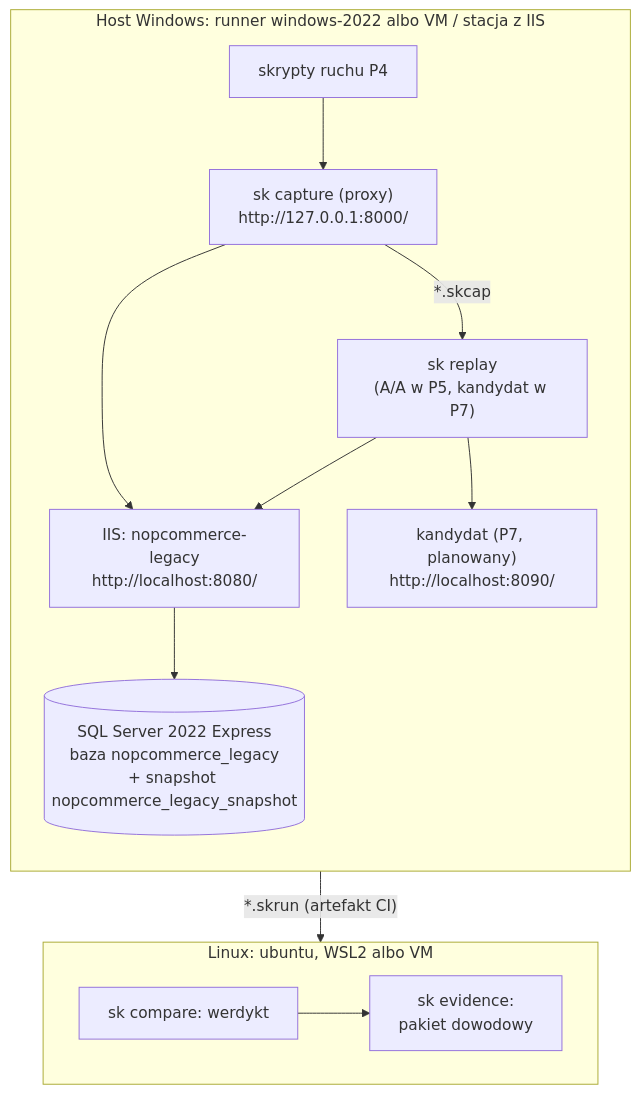
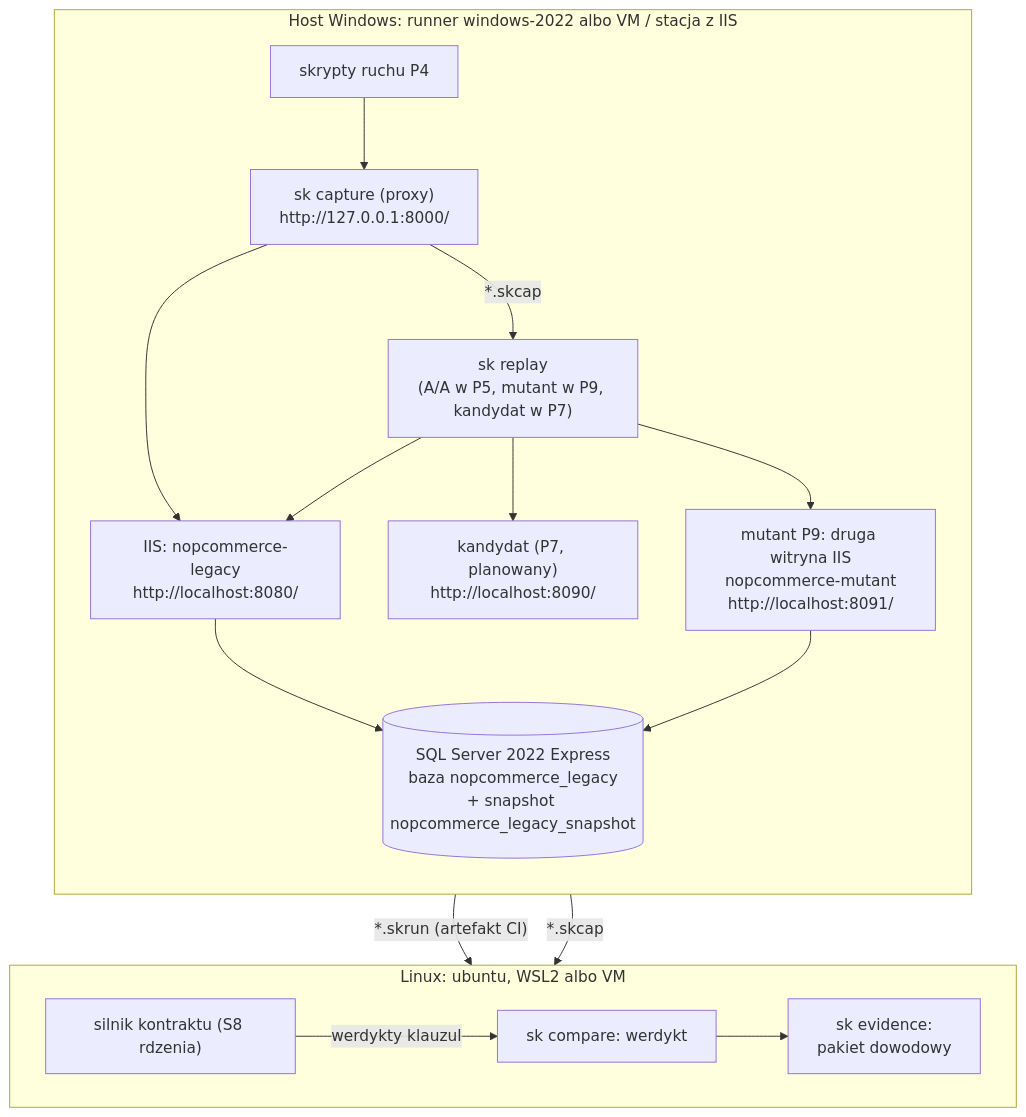
One commit to konradcinkusz/letsgolegacy.secondkey changed the diagram in docs/diagrams/a7-topologia-bench.mmd. Above: the diagram before and after it, drawn with Mermaid. The commit also changed 26 other files, not shown here.

```diff
--- a/docs/diagrams/a7-topologia-bench.mmd
+++ b/docs/diagrams/a7-topologia-bench.mmd
@@ -1,15 +1,20 @@
 flowchart TB
   subgraph WIN["Host Windows: runner windows-2022 albo VM / stacja z IIS"]
     direction TB
     GEN["skrypty ruchu P4"] --> PROXY["sk capture (proxy)<br/>http://127.0.0.1:8000/"]
     PROXY --> IIS["IIS: nopcommerce-legacy<br/>http://localhost:8080/"]
     IIS --> SQL[("SQL Server 2022 Express<br/>baza nopcommerce_legacy<br/>+ snapshot nopcommerce_legacy_snapshot")]
-    PROXY -- "*.skcap" --> REPLAY["sk replay<br/>(A/A w P5, kandydat w P7)"]
+    PROXY -- "*.skcap" --> REPLAY["sk replay<br/>(A/A w P5, mutant w P9, kandydat w P7)"]
     REPLAY --> IIS
     REPLAY --> CAND["kandydat (P7, planowany)<br/>http://localhost:8090/"]
+    REPLAY --> MUT["mutant P9: druga witryna IIS<br/>nopcommerce-mutant<br/>http://localhost:8091/"]
+    MUT --> SQL
   end
   subgraph LNX["Linux: ubuntu, WSL2 albo VM"]
     direction LR
+    CONTRACT["silnik kontraktu (S8 rdzenia)"]
     COMPARE["sk compare: werdykt"] --> EVID["sk evidence:<br/>pakiet dowodowy"]
+    CONTRACT -- "werdykty klauzul" --> COMPARE
   end
   REPLAY -- "*.skrun (artefakt CI)" --> COMPARE
+  PROXY -- "*.skcap" --> CONTRACT
```
